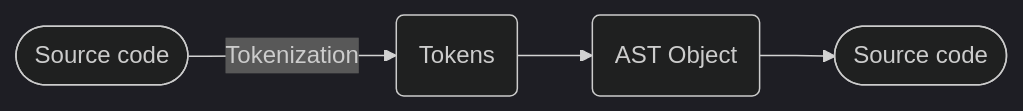
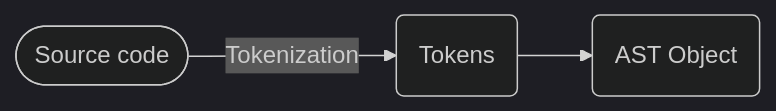
The fourth of 4 diagrams in readme.md (d8bauxit8/eslint-deep-dive), drawn with Mermaid (dark theme) before and after one commit. The commit also changed other lines of this file and 4 other files, not shown here.

````diff
--- a/readme.md
+++ b/readme.md
@@ -166,7 +189,6 @@
 ```mermaid
 flowchart LR
     A([Source code]) -- Tokenization --> B
     B(Tokens) --> C
-    C(AST Object) --> D
-    D([Source code])
+    C(AST Object)
 ```
````
